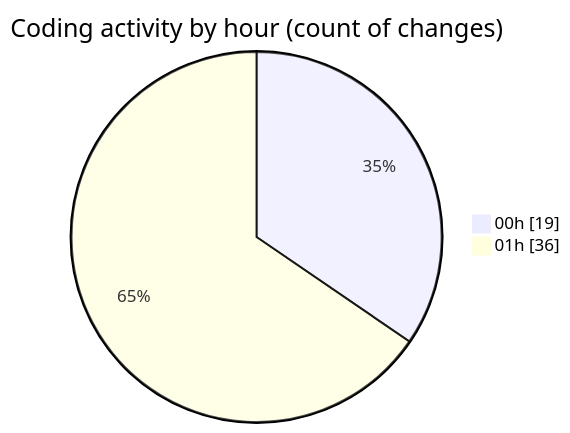
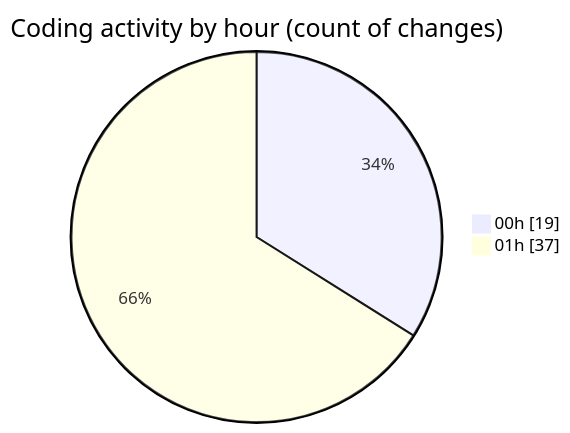
The second of 2 diagrams in 2025-02-23/pdf-analysis-app/README.md (momahboobian/code-tracking), drawn with Mermaid before and after one commit. The commit also changed other lines of this file and 1 other file, not shown here.

````diff
--- a/2025-02-23/pdf-analysis-app/README.md
+++ b/2025-02-23/pdf-analysis-app/README.md
@@ -40,6 +40,6 @@
 ```mermaid
 pie showData
 title Coding activity by hour (count of changes)
 "00h" : 19
-"01h" : 36
+"01h" : 37
 ```
````
